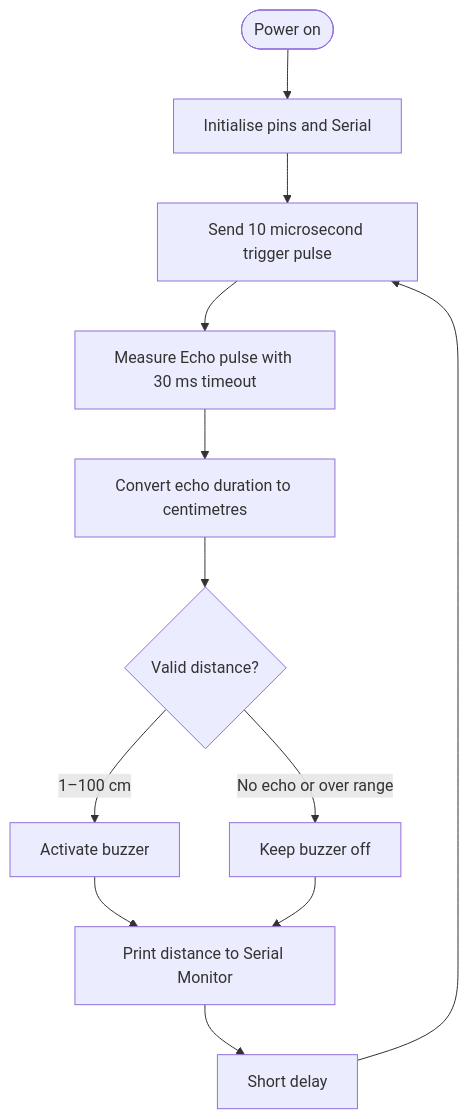
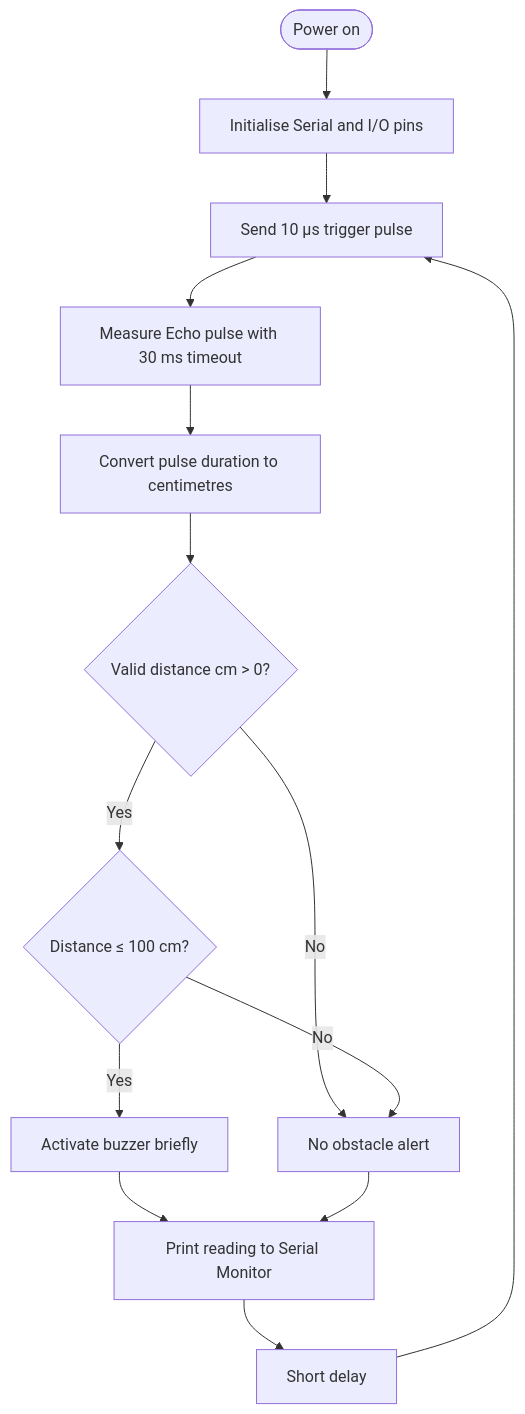
One commit to Supriyo016/Arduino-Uno-Third-Hand-Eye-Project-for-Visually-Impaired-Individuals changed the diagram in README.md. Above: the diagram before and after it, drawn with Mermaid. The commit also changed other lines of this file, not shown here.

Commit message:
docs: redesign Third Hand-Eye README with diagrams and visuals

````diff
--- a/README.md
+++ b/README.md
@@ -68,14 +139,16 @@
 ```mermaid
 flowchart TD
-    A([Power on]) --> B[Initialise pins and Serial]
-    B --> C[Send 10 microsecond trigger pulse]
+    A([Power on]) --> B[Initialise Serial and I/O pins]
+    B --> C[Send 10 µs trigger pulse]
     C --> D[Measure Echo pulse with 30 ms timeout]
-    D --> E[Convert echo duration to centimetres]
-    E --> F{Valid distance?}
-    F -- 1–100 cm --> G[Activate buzzer]
-    F -- No echo or over range --> H[Keep buzzer off]
-    G --> I[Print distance to Serial Monitor]
-    H --> I
-    I --> J[Short delay]
-    J --> C
+    D --> E[Convert pulse duration to centimetres]
+    E --> F{Valid distance cm > 0?}
+    F -- No --> G[No obstacle alert]
+    F -- Yes --> H{Distance ≤ 100 cm?}
+    H -- Yes --> I[Activate buzzer briefly]
+    H -- No --> G
+    I --> J[Print reading to Serial Monitor]
+    G --> J
+    J --> K[Short delay]
+    K --> C
 ```
````
